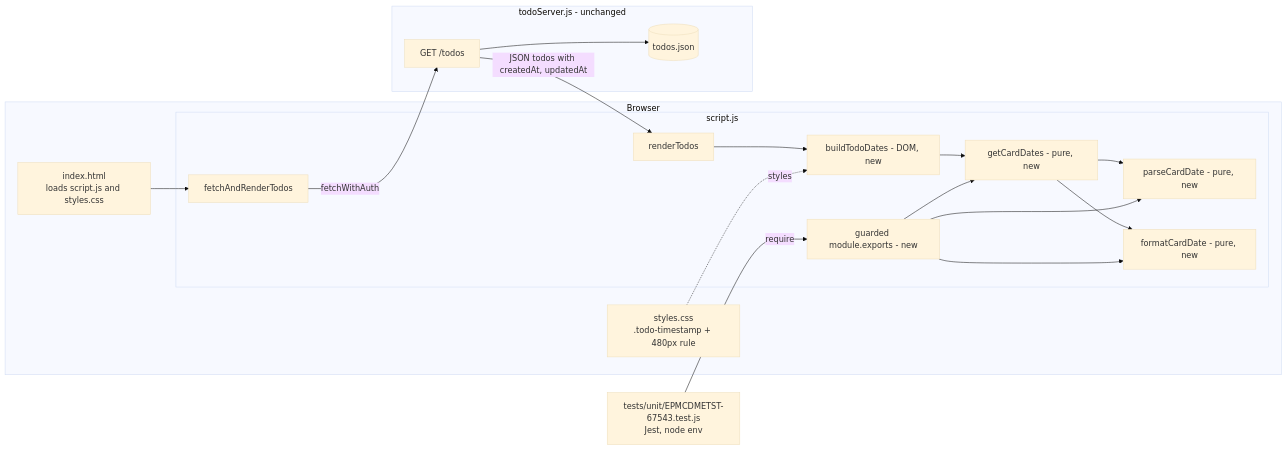
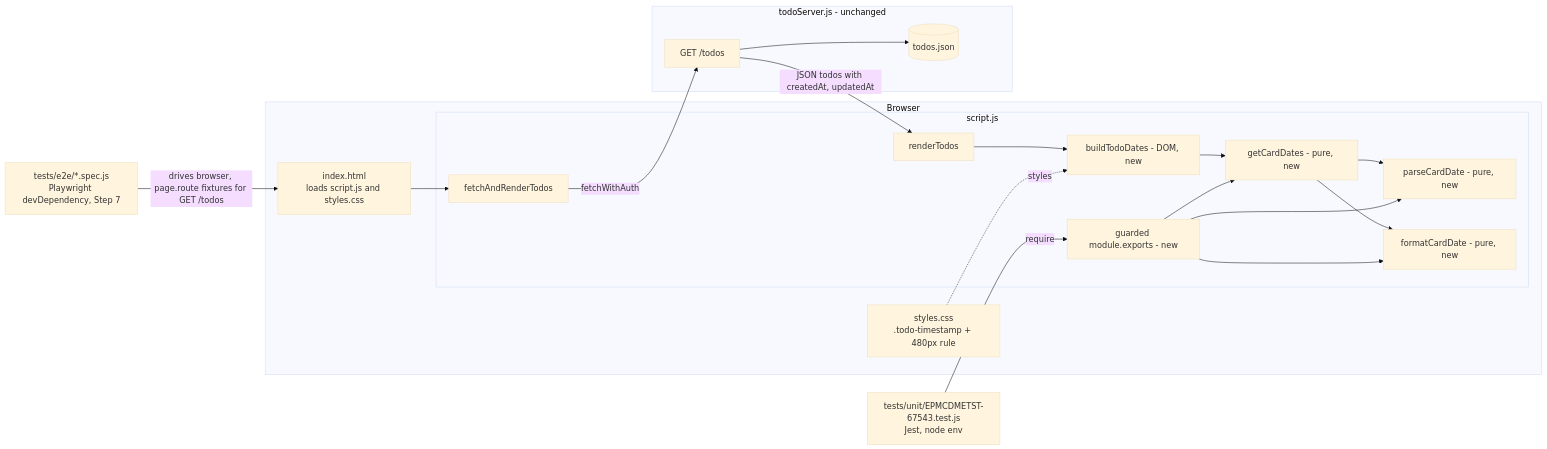
One commit to Vishal0024/Capstone_Codemie changed the first of 2 diagrams in docs/sdlc/EPMCDMETST-67543/architecture.md. Above: the diagram before and after it, drawn with Mermaid (base theme). The commit also changed other lines of this file, not shown here.

Commit message:
docs(EPMCDMETST-67543): update architecture after design review

````diff
--- a/docs/sdlc/EPMCDMETST-67543/architecture.md
+++ b/docs/sdlc/EPMCDMETST-67543/architecture.md
@@ -10,35 +10,37 @@
 ```mermaid
 flowchart LR
   subgraph Browser
     HTML[index.html<br/>loads script.js and styles.css]
     subgraph script.js
       FRT[fetchAndRenderTodos]
       RT[renderTodos]
       BTD[buildTodoDates - DOM, new]
       GCD[getCardDates - pure, new]
       PCD[parseCardDate - pure, new]
       FCD[formatCardDate - pure, new]
       EXP[guarded module.exports - new]
     end
     CSS[styles.css<br/>.todo-timestamp + 480px rule]
   end
   subgraph Server[todoServer.js - unchanged]
     GET[GET /todos]
     STORE[(todos.json)]
   end
   JEST[tests/unit/EPMCDMETST-67543.test.js<br/>Jest, node env]
+  PW[tests/e2e/*.spec.js<br/>Playwright devDependency, Step 7]
 
   HTML --> FRT
   FRT -->|fetchWithAuth| GET
   GET --> STORE
   GET -->|JSON todos with createdAt, updatedAt| RT
   RT --> BTD
   BTD --> GCD
   GCD --> PCD
   GCD --> FCD
   CSS -.styles.-> BTD
   JEST -->|require| EXP
   EXP --> GCD
   EXP --> PCD
   EXP --> FCD
+  PW -->|drives browser, page.route fixtures for GET /todos| HTML
 ```
````
